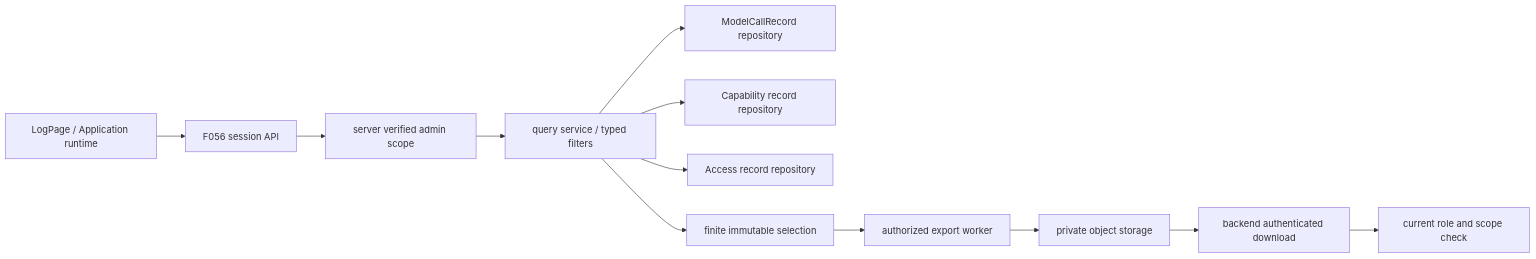
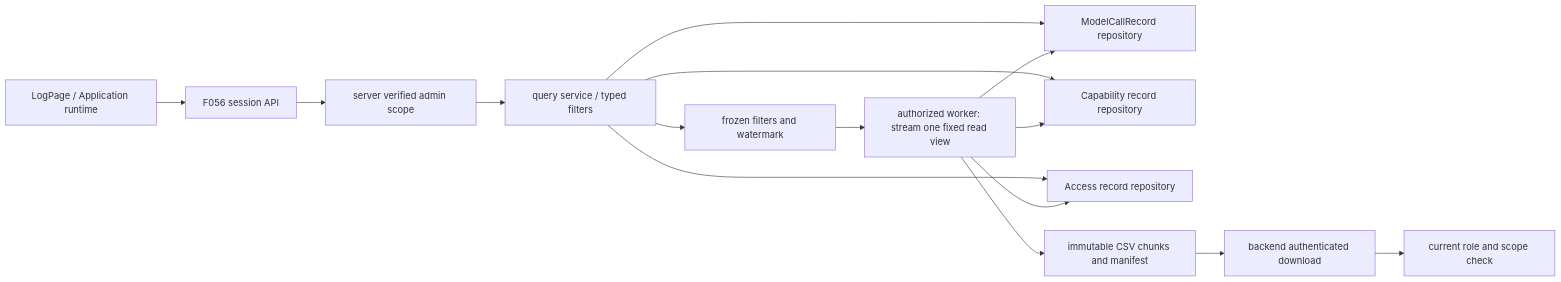
Before and after one commit to dataelement/bisheng: the diagram in features/v3.0.0/056-app-square-governance/design.md, drawn with Mermaid. The commit also changed other lines of this file and 34 other files, not shown here.

````diff
--- a/features/v3.0.0/056-app-square-governance/design.md
+++ b/features/v3.0.0/056-app-square-governance/design.md
@@ -99,14 +107,17 @@
 ```mermaid
 flowchart LR
   UI[LogPage / Application runtime] --> API[F056 session API]
   API --> Scope[server verified admin scope]
   Scope --> Query[query service / typed filters]
   Query --> M[ModelCallRecord repository]
   Query --> C[Capability record repository]
   Query --> A[Access record repository]
-  Query --> Snapshot[finite immutable selection]
-  Snapshot --> Job[authorized export worker]
-  Job --> Store[private object storage]
+  Query --> Snapshot[frozen filters and watermark]
+  Snapshot --> Job[authorized worker: stream one fixed read view]
+  Job --> M
+  Job --> C
+  Job --> A
+  Job --> Store[immutable CSV chunks and manifest]
   Store --> Download[backend authenticated download]
   Download --> Check[current role and scope check]
 ```
````
